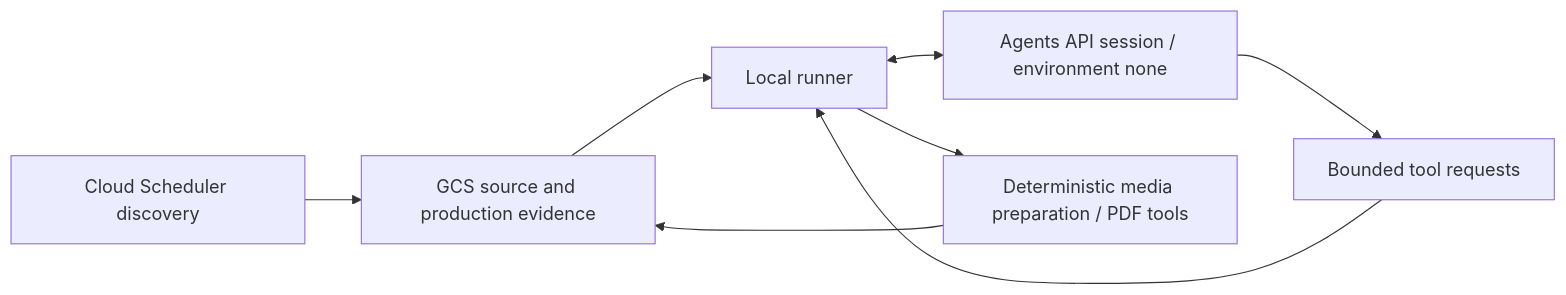
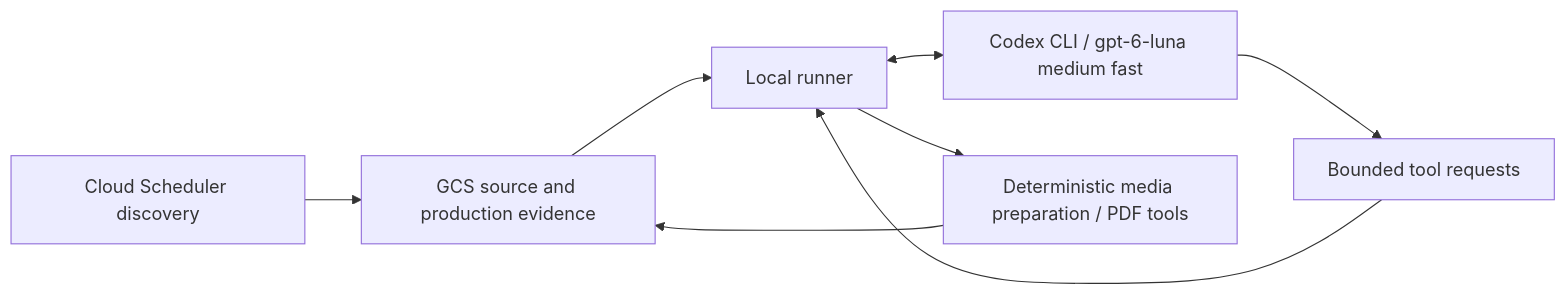
One commit to JonathanJing/sermon-video-zh-subtitles changed the diagram in docs/sermon-production-supervisor-agent.md. Above: the diagram before and after it, drawn with Mermaid. The commit also changed other lines of this file and 109 other files, not shown here.

First line of the commit message:
Promote dev to main after architecture documentation sync (#1327)

````diff
--- a/docs/sermon-production-supervisor-agent.md
+++ b/docs/sermon-production-supervisor-agent.md
@@ -27,10 +27,10 @@
 ```mermaid
 flowchart LR
     D[Cloud Scheduler discovery] --> G[GCS source and production evidence]
-    L[Local runner] <--> A[Agents API session / environment none]
+    L[Local runner] <--> A[Codex CLI / gpt-6-luna medium fast]
     A --> T[Bounded tool requests]
     T --> L
     L --> P[Deterministic media preparation / PDF tools]
     P --> G
     G --> L
 ```
````
